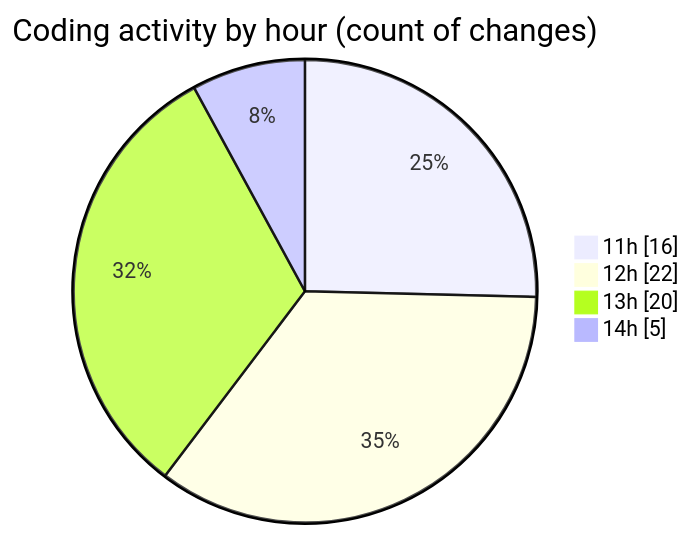
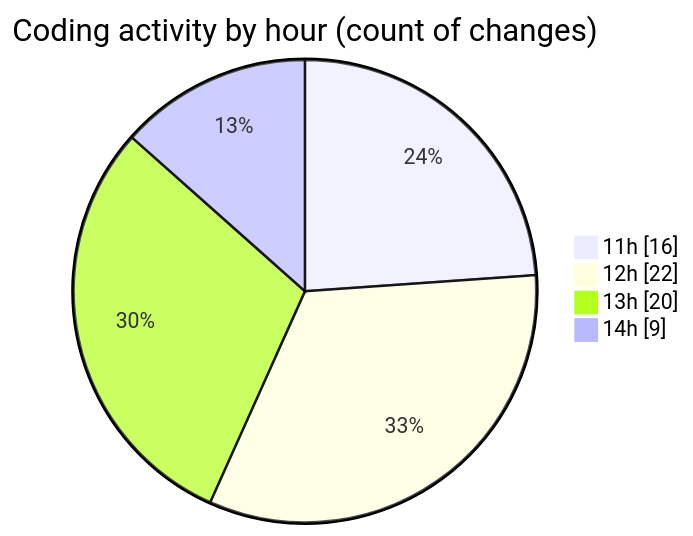
Before and after one commit to donsfak/code-tracking: the second of 2 diagrams in 2025-03-25/wordle/README.md, drawn with Mermaid. The commit also changed other lines of this file and 1 other file, not shown here.

````diff
--- a/2025-03-25/wordle/README.md
+++ b/2025-03-25/wordle/README.md
@@ -34,8 +35,8 @@
 ```mermaid
 pie showData
 title Coding activity by hour (count of changes)
 "11h" : 16
 "12h" : 22
 "13h" : 20
-"14h" : 5
+"14h" : 9
 ```
````
